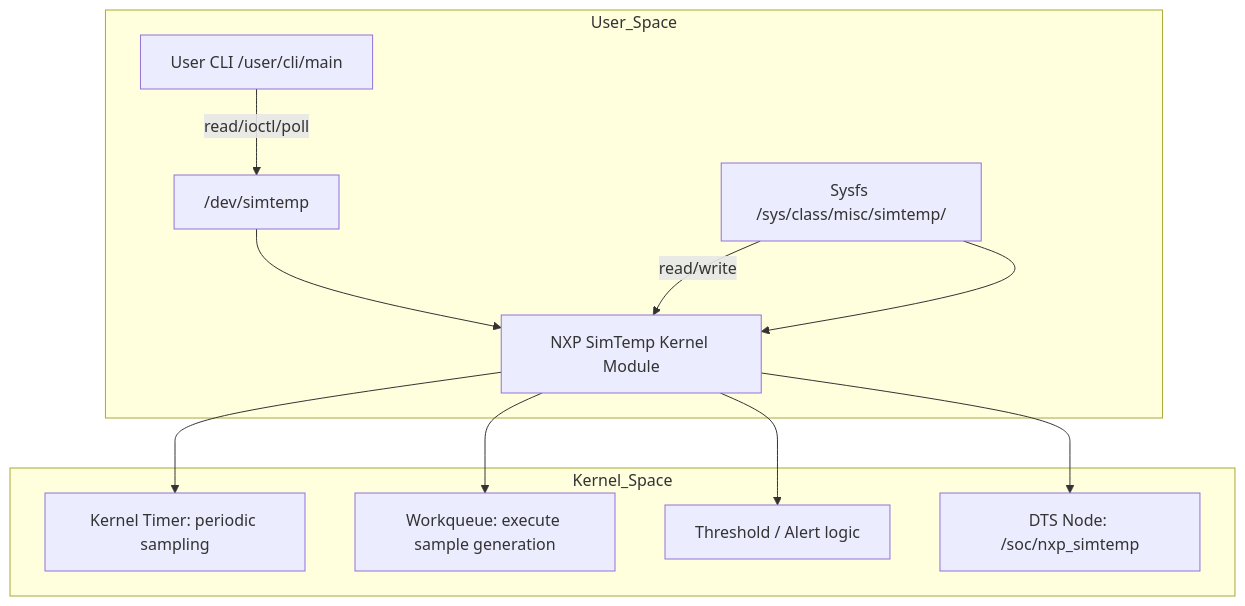
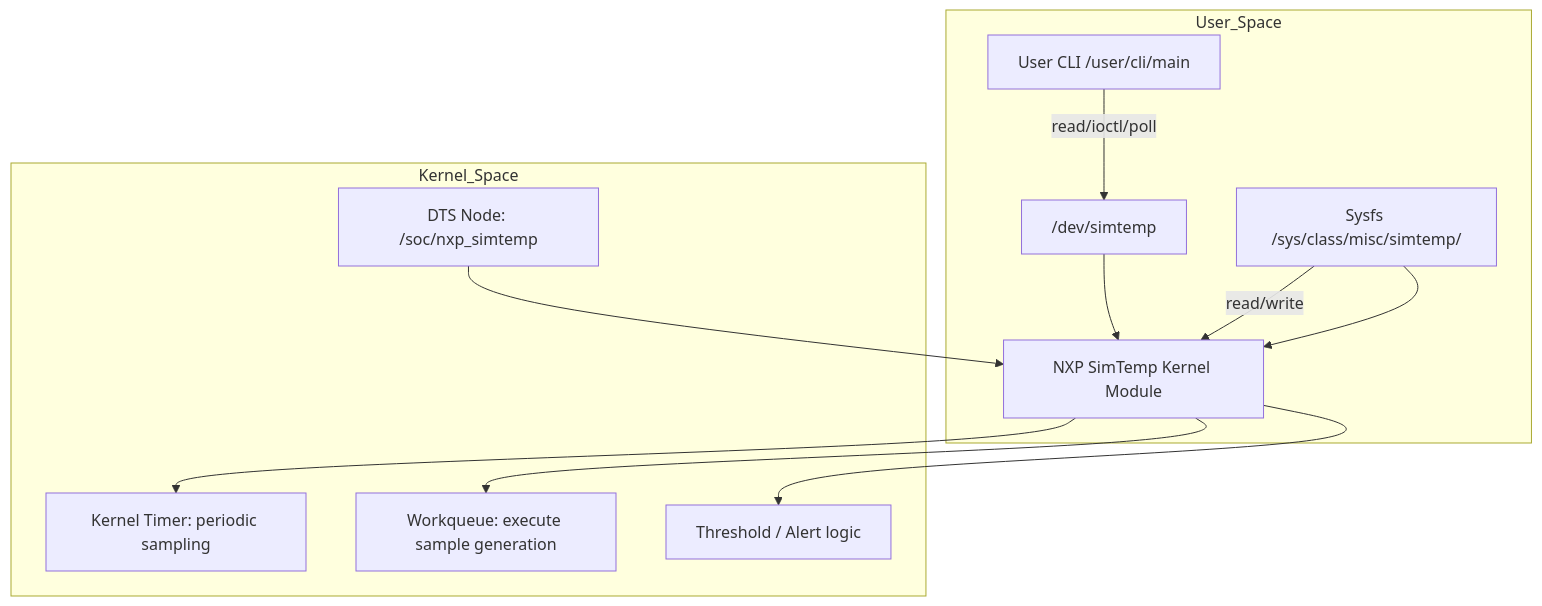
One commit to DarioGarciaPr/NXP changed the diagram in simtemp/docs/ARCHITECTURE_DETAILED.md. Above: the diagram before and after it, drawn with Mermaid. The commit also changed 1 other file, not shown here.

Commit message:
version completa

````diff
--- a/simtemp/docs/ARCHITECTURE_DETAILED.md
+++ b/simtemp/docs/ARCHITECTURE_DETAILED.md
@@ -11,17 +11,17 @@
 ```mermaid
 flowchart TD
     subgraph User_Space
         CLI["User CLI /user/cli/main"] -->|read/ioctl/poll| DEV["/dev/simtemp"]
         SYSFS["Sysfs /sys/class/misc/simtemp/"] -->|read/write| DRIVER["NXP SimTemp Kernel Module"]
     end
 
     subgraph Kernel_Space
         DRIVER --> TIMER["Kernel Timer: periodic sampling"]
         DRIVER --> WORK["Workqueue: execute sample generation"]
         DRIVER --> ALERT["Threshold / Alert logic"]
-        DRIVER --> DTS_NODE["DTS Node: /soc/nxp_simtemp"]
+        DTS_NODE["DTS Node: /soc/nxp_simtemp"] --> DRIVER
     end
 
     DEV --> DRIVER
     SYSFS --> DRIVER
 ```
````
